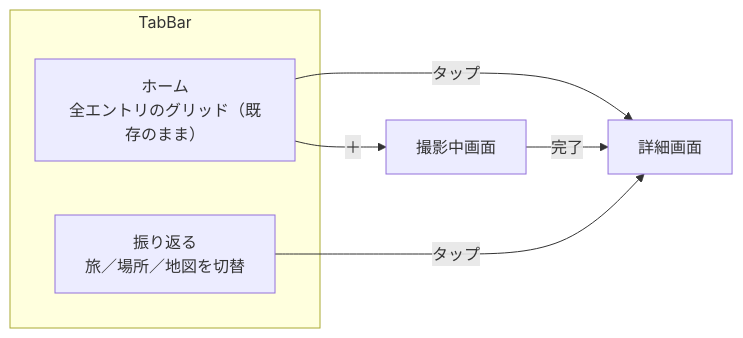
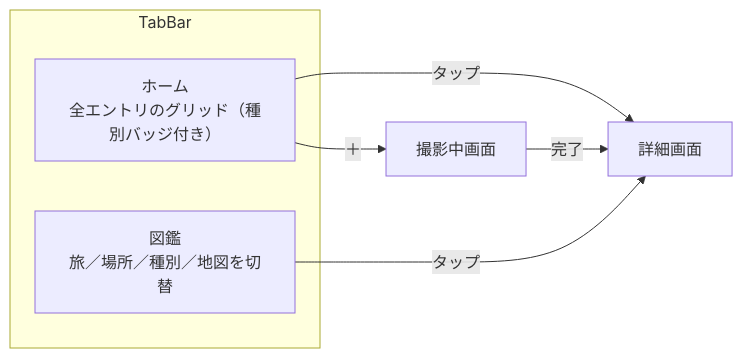
One commit to akidon0000/meguri changed the diagram in docs/superpowers/specs/2026-09-22-ui-redesign-design.md. Above: the diagram before and after it, drawn with Mermaid. The commit also changed other lines of this file, not shown here.

First line of the commit message:
UI/UX再設計のコンセプトを「集める図鑑」に再定義

````diff
--- a/docs/superpowers/specs/2026-09-22-ui-redesign-design.md
+++ b/docs/superpowers/specs/2026-09-22-ui-redesign-design.md
@@ -18,11 +23,11 @@
 ```mermaid
 flowchart LR
     subgraph TabBar
-      H["ホーム<br/>全エントリのグリッド（既存のまま）"]
-      B["振り返る<br/>旅／場所／地図を切替"]
+      H["ホーム<br/>全エントリのグリッド（種別バッジ付き）"]
+      Z["図鑑<br/>旅／場所／種別／地図を切替"]
     end
     H -->|タップ| D[詳細画面]
-    B -->|タップ| D
+    Z -->|タップ| D
     H -->|＋| A[撮影中画面]
     A -->|完了| D
 ```
````
